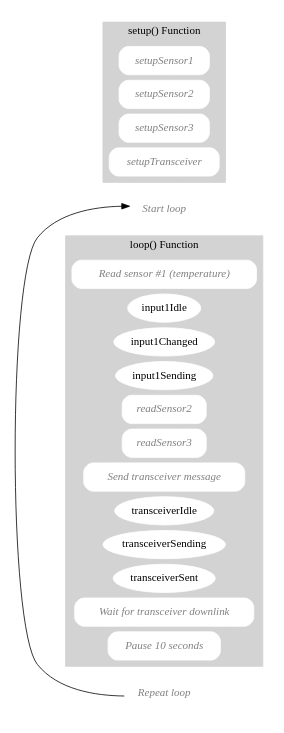
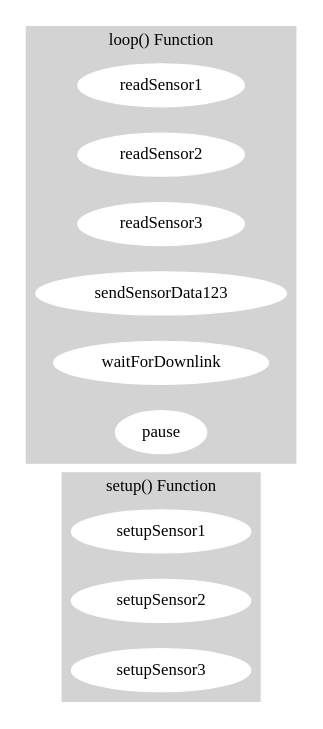
The diagram in arduino1.dot (lupyuen/unabiz-arduino), drawn with Graphviz before and after one commit. The commit also changed 1 other file, not shown here.

```diff
--- a/arduino1.dot
+++ b/arduino1.dot
@@ -1,57 +1,35 @@
 digraph finite_state_machine {
 	compound = true;
+	// concentrate=true;
 	rankdir = LR;
-	ranksep="1";
-	nodesep="0.1";
+	ranksep="0";
+	nodesep="0.3";
 
 	size = "8,6";
 	ratio = fill;	
 
-	node [shape=box,style="rounded,filled",color=white,fontname="Times-Italic",fontcolor="Grey"];
+	node [style=filled,color=white];
 	style = filled;
 	color = lightgrey;
 
+	node [shape = ellipse];
 	edge [fontsize = 10];
-
-	subgraph cluster_loopend {
-        style = invis;
-        loopEnd [label="Repeat loop"]
-    }
-
-	subgraph cluster_loop {
-		label = "loop() Function";
-		readSensor1 [label="Read sensor #1 (temperature)"];
-                
-        input1Idle [shape=ellipse,fontname="Times",fontcolor="Black"]
-        input1Changed [shape=ellipse,fontname="Times",fontcolor="Black"]
-        input1Sending [shape=ellipse,fontname="Times",fontcolor="Black"]
-
-		readSensor2;
-		readSensor3;
-
-        sendTransceiverMessage [label="Send transceiver message"];
-
-        transceiverIdle [shape=ellipse,fontname="Times",fontcolor="Black"]
-        transceiverSending [shape=ellipse,fontname="Times",fontcolor="Black"]
-        transceiverSent [shape=ellipse,fontname="Times",fontcolor="Black"]
-
-        waitForTransceiverDownlink [label="Wait for transceiver downlink"];
-        pause10seconds [label="Pause 10 seconds"];
-	}    
-
-	subgraph cluster_loopbegin {
-        style = invis;
-        loopBegin [label="Start loop"]
-    }
 
 	subgraph cluster_setup {
 		label = "setup() Function";
 		setupSensor1;
 		setupSensor2;
 		setupSensor3;
-        setupTransceiver;
 	}
 
-    loopEnd -> loopBegin [constraint=false];
+	subgraph cluster_loop {
+		label = "loop() Function";
+		readSensor1;
+		readSensor2;
+		readSensor3;
+        sendSensorData123;
+        waitForDownlink;
+        pause;
+	}
 
 }
```
